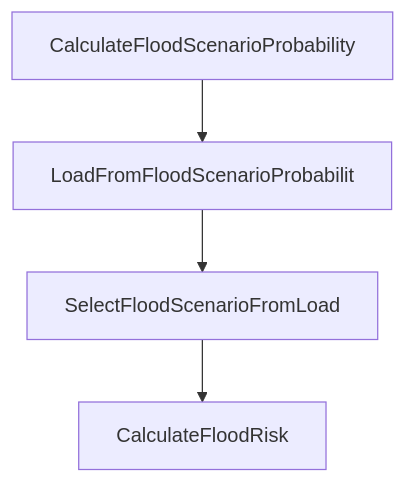
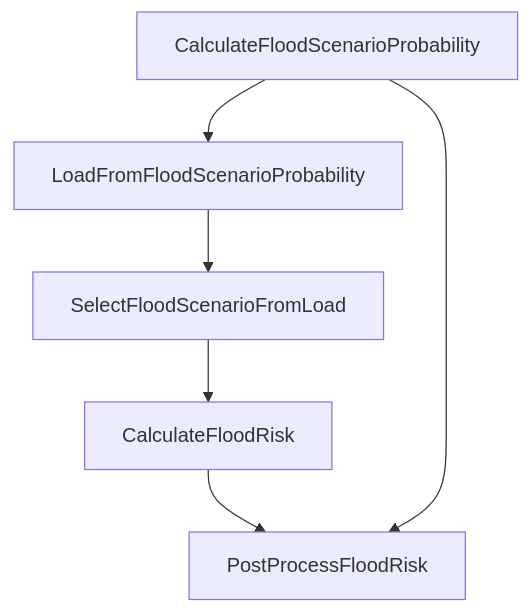
The first of 3 diagrams in docs/modules/flood_scenario.qmd (continu-inzicht/toolbox-continu-inzicht), drawn with Mermaid before and after one commit. The commit also changed other lines of this file and 8 other files, not shown here.

````diff
--- a/docs/modules/flood_scenario.qmd
+++ b/docs/modules/flood_scenario.qmd
@@ -17,6 +18,9 @@
 ```{mermaid}
 graph TD
-    A[CalculateFloodScenarioProbability] --> B[LoadFromFloodScenarioProbabilit]
+    A[CalculateFloodScenarioProbability] --> B[LoadFromFloodScenarioProbability]
     B --> C[SelectFloodScenarioFromLoad]
     C --> D[CalculateFloodRisk]
+    D --> E[PostProcessFloodRisk]
+    A --> E
+
 ```
````
